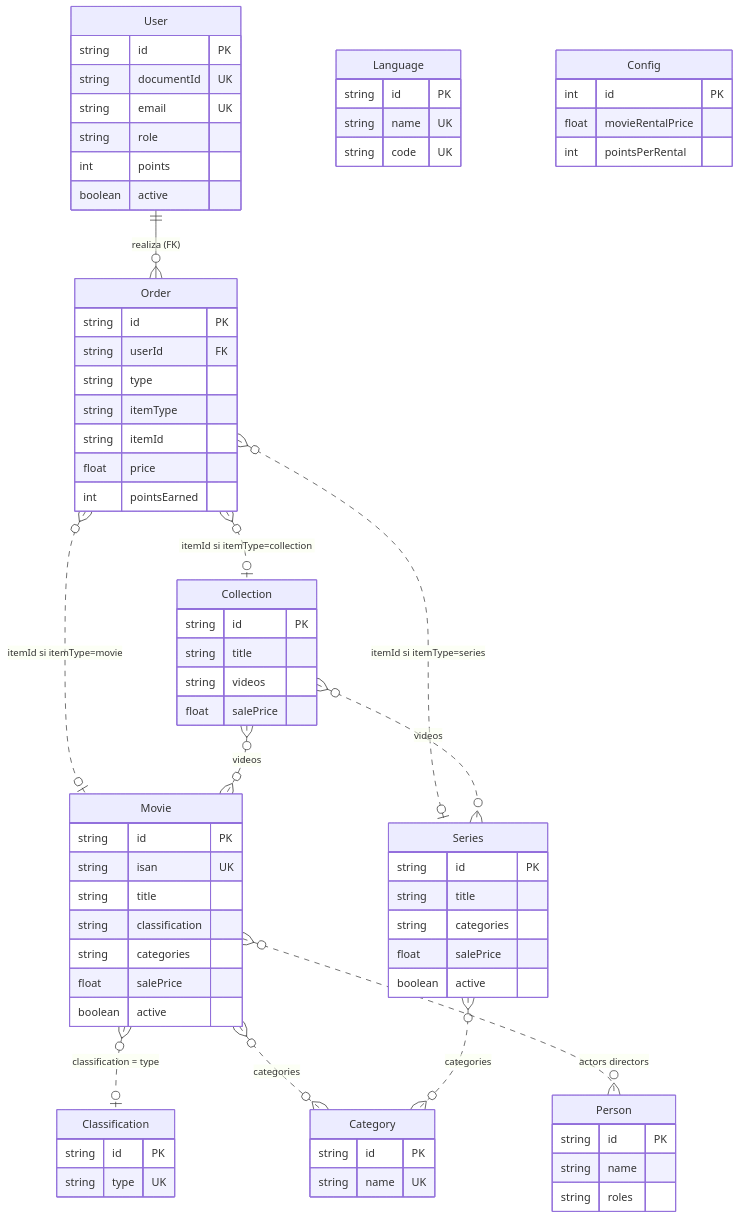
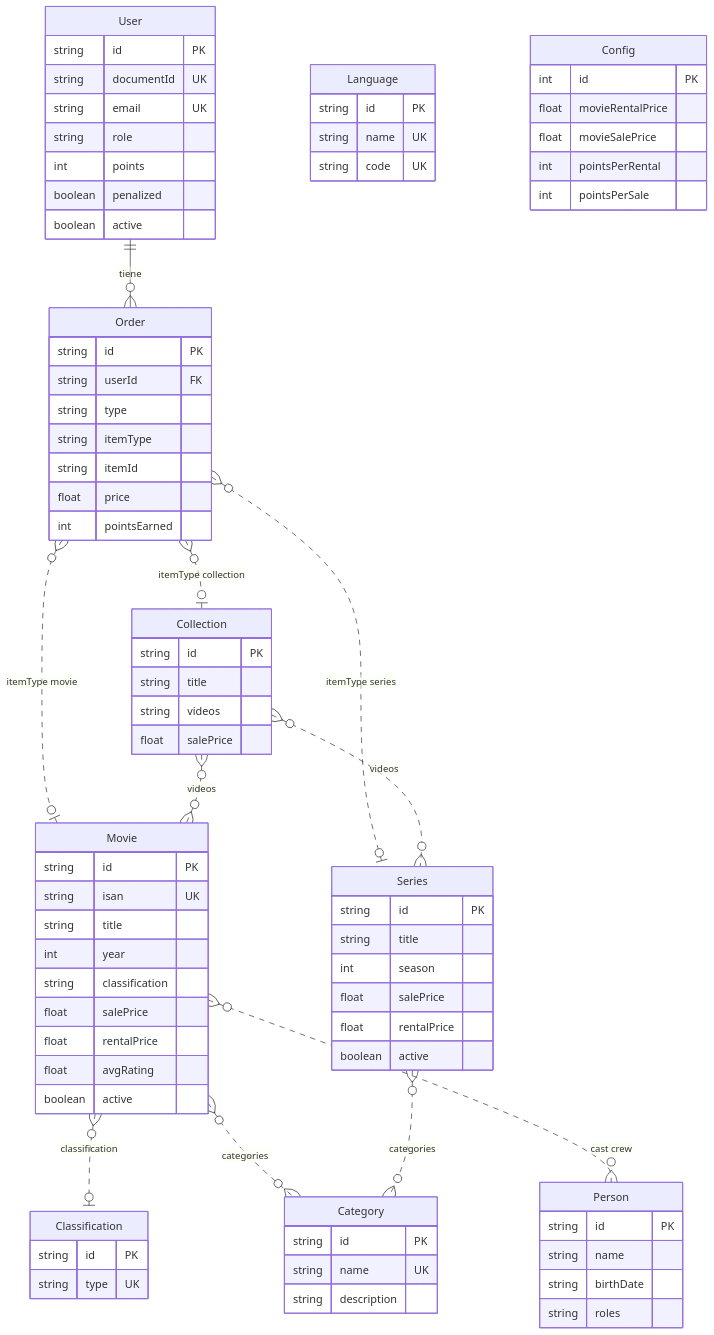
The second of 4 diagrams in README.md (Yina-programmer/NETPOLIX), drawn with Mermaid before and after one commit. The commit also changed other lines of this file and 1 other file, not shown here.

Commit message:
docs: actualizar README con modelo PostgreSQL y diagrama ER

````diff
--- a/README.md
+++ b/README.md
@@ -364,6 +418,6 @@
 ```mermaid
 erDiagram
-    User ||--o{ Order : "realiza (FK)"
+    User ||--o{ Order : "tiene"
 
     User {
         string id PK
@@ -371,6 +425,7 @@
         string email UK
         string role
         int points
+        boolean penalized
         boolean active
     }
 
@@ -388,17 +443,20 @@
         string id PK
         string isan UK
         string title
+        int year
         string classification
-        string categories
         float salePrice
+        float rentalPrice
+        float avgRating
         boolean active
     }
 
     Series {
         string id PK
         string title
-        string categories
+        int season
         float salePrice
+        float rentalPrice
         boolean active
     }
 
@@ -412,12 +470,14 @@
     Person {
         string id PK
         string name
+        string birthDate
         string roles
     }
 
     Category {
         string id PK
         string name UK
+        string description
     }
 
     Classification {
@@ -434,16 +494,18 @@
     Config {
         int id PK
         float movieRentalPrice
+        float movieSalePrice
         int pointsPerRental
+        int pointsPerSale
     }
 
-    Order }o..o| Movie : "itemId si itemType=movie"
-    Order }o..o| Series : "itemId si itemType=series"
-    Order }o..o| Collection : "itemId si itemType=collection"
-    Movie }o..o| Classification : "classification = type"
+    Order }o..o| Movie : "itemType movie"
+    Order }o..o| Series : "itemType series"
+    Order }o..o| Collection : "itemType collection"
+    Movie }o..o| Classification : "classification"
     Movie }o..o{ Category : "categories"
     Series }o..o{ Category : "categories"
-    Movie }o..o{ Person : "actors directors"
+    Movie }o..o{ Person : "cast crew"
     Collection }o..o{ Movie : "videos"
     Collection }o..o{ Series : "videos"
 ```
````
